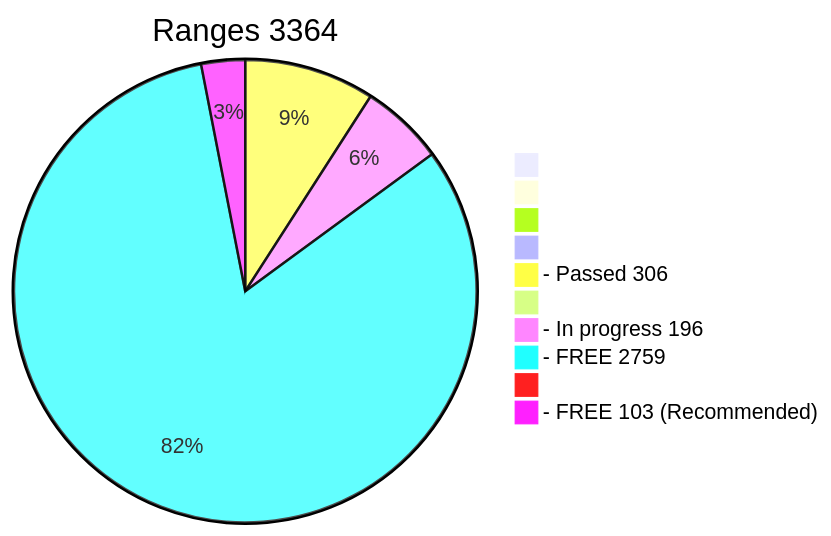
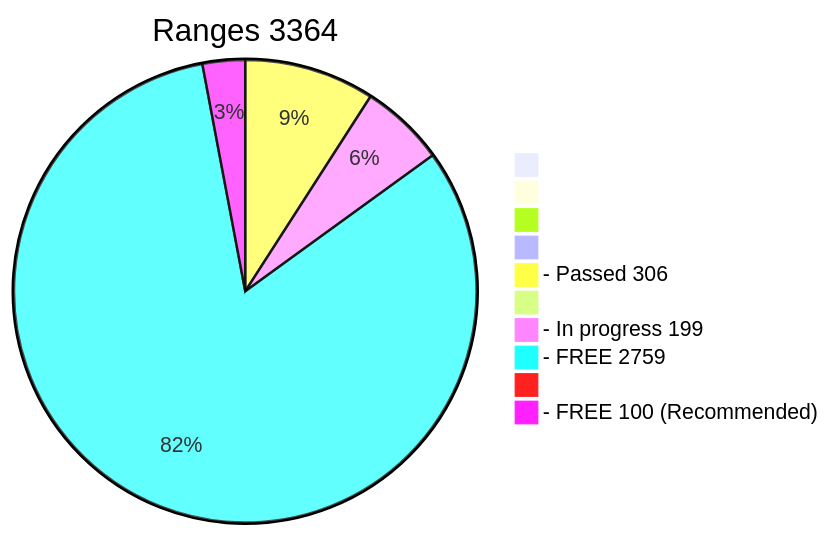
Before and after one commit to phrutis/wif500: the diagram in x64/Release/table.md, drawn with Mermaid. The commit also changed other lines of this file, not shown here.

````diff
--- a/x64/Release/table.md
+++ b/x64/Release/table.md
@@ -2,13 +2,13 @@
 ```mermaid
 pie title Ranges 3364
   " " : 0
   "  " : 0
   "   " : 0
   "    " : 0
   "- Passed 306" : 306
   "     " : 0
-  "- In progress 196" : 196
+  "- In progress 199" : 199
   "- FREE 2759" : 2759
   "      " : 0
-  "- FREE 103 (Recommended)" : 103
+  "- FREE 100 (Recommended)" : 100
 ```
````
